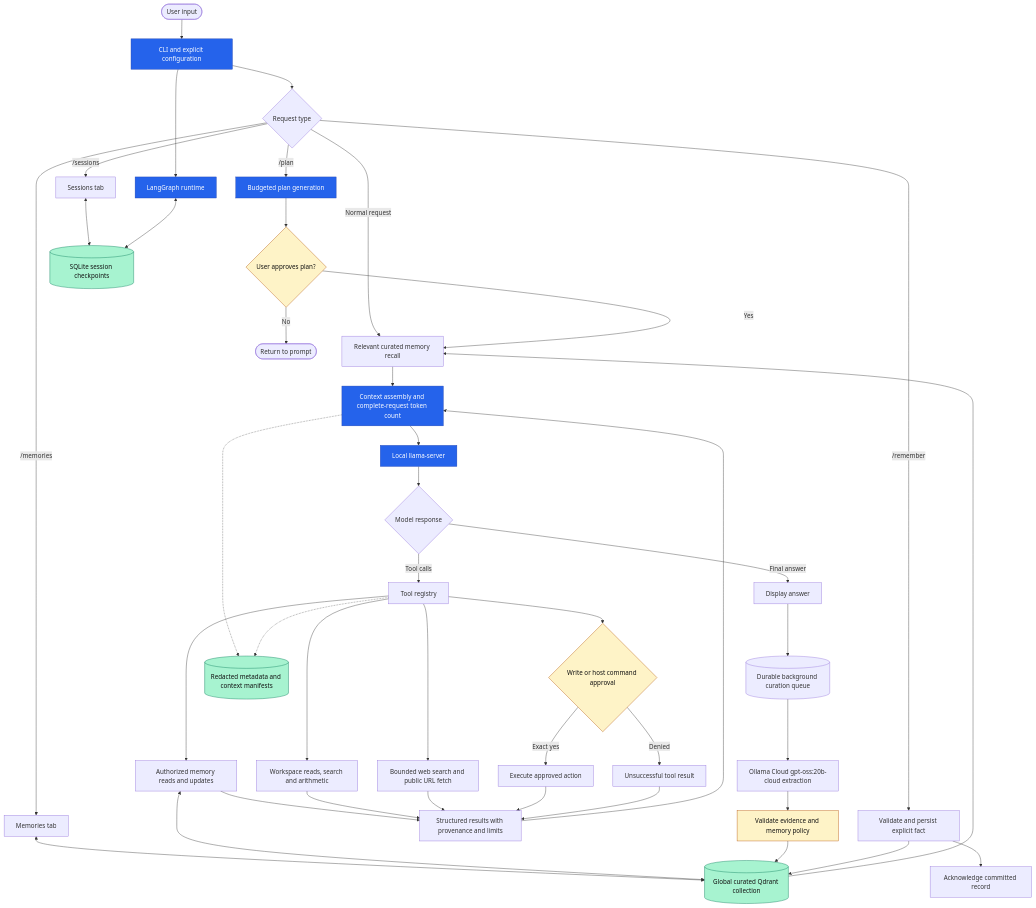
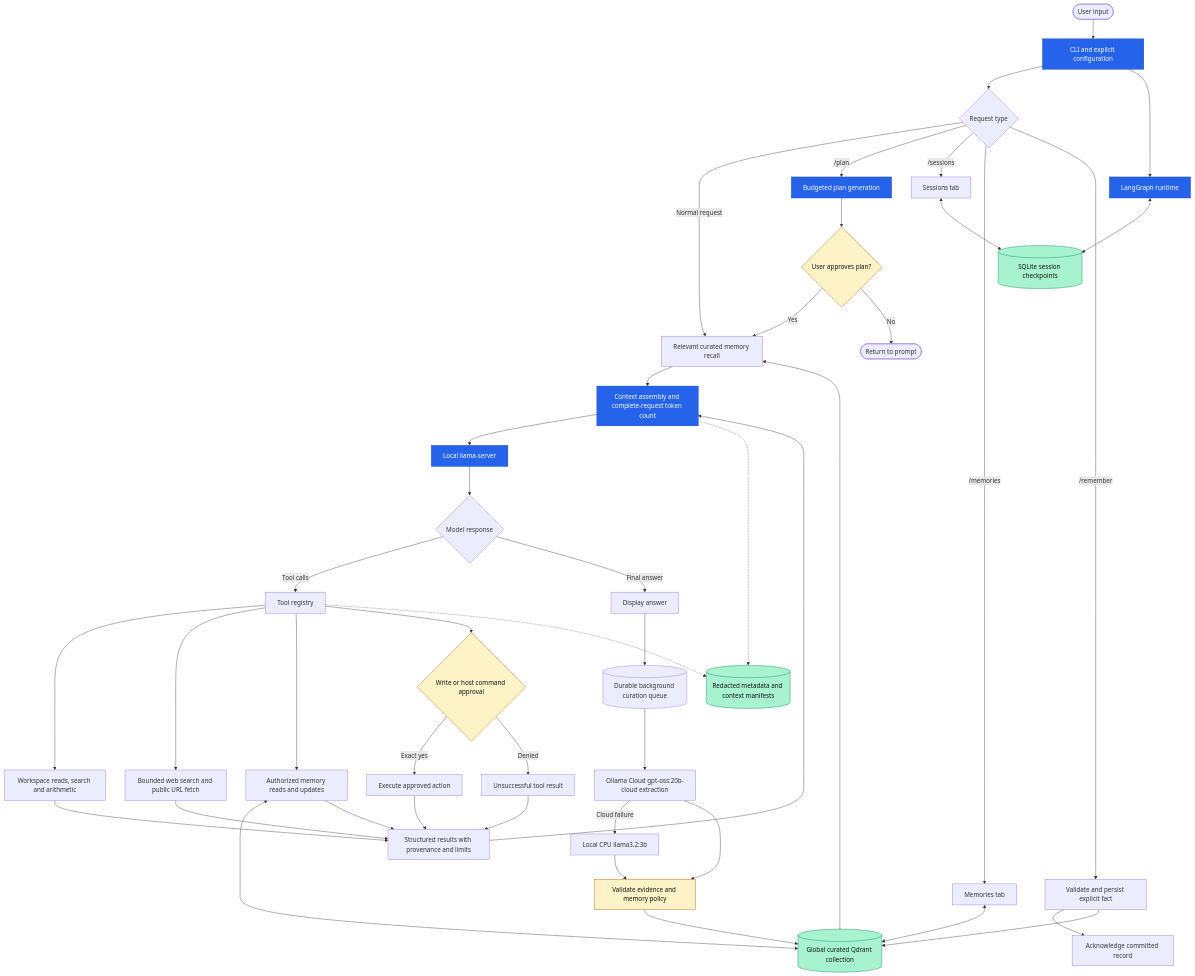
One commit to user-anto/Harness changed the first of 3 diagrams in README.md. Above: the diagram before and after it, drawn with Mermaid. The commit also changed other lines of this file and 37 other files, not shown here.

Commit message:
Reinforced Memory curation policy; added fallback model for extractor; Added elaborate installation guide

````diff
--- a/README.md
+++ b/README.md
@@ -19,51 +56,53 @@
 ```mermaid
 flowchart TD
   User([User input]) --> CLI[CLI and explicit configuration]
   CLI --> Route{Request type}
   Route -->|Normal request| Recall[Relevant curated memory recall]
   Route -->|/plan| Planner[Budgeted plan generation]
   Planner --> PlanApproval{User approves plan?}
   PlanApproval -->|Yes| Recall
   PlanApproval -->|No| Stop([Return to prompt])
   Route -->|/sessions| Sessions[Sessions tab]
   Sessions <--> SQLite
   Route -->|/memories| Memories[Memories tab]
   Memories <--> Qdrant
   Route -->|/remember| Save[Validate and persist explicit fact]
   Save --> Ack[Acknowledge committed record]
   Recall --> Context[Context assembly and complete-request token count]
   Context --> Model[Local llama-server]
   Model --> Decision{Model response}
   Decision -->|Tool calls| Registry[Tool registry]
   Registry --> Reads[Workspace reads, search and arithmetic]
   Registry --> Web[Bounded web search and public URL fetch]
   Registry --> MemoryTools[Authorized memory reads and updates]
   MemoryTools <--> Qdrant
   MemoryTools --> Result
   Registry --> Approval{Write or host command approval}
   Approval -->|Exact yes| Execute[Execute approved action]
   Approval -->|Denied| Denied[Unsuccessful tool result]
   Reads --> Result[Structured results with provenance and limits]
   Web --> Result
   Execute --> Result
   Denied --> Result
   Result --> Context
   Decision -->|Final answer| Answer[Display answer]
   Answer --> Queue[(Durable background curation queue)]
   Queue --> Extract[Ollama Cloud gpt-oss:20b-cloud extraction]
-  Extract --> Validate[Validate evidence and memory policy]
+  Extract -->|Cloud failure| Fallback[Local CPU llama3.2:3b]
+  Fallback --> Validate[Validate evidence and memory policy]
+  Extract --> Validate
   Validate --> Qdrant[(Global curated Qdrant collection)]
   Save --> Qdrant
   Qdrant --> Recall
   CLI --> Runtime[LangGraph runtime]
   Runtime <--> SQLite[(SQLite session checkpoints)]
   Context -.-> Audit[(Redacted metadata and context manifests)]
   Registry -.-> Audit
 
   classDef engine fill:#2563eb,stroke:#1e40af,color:#fff;
   classDef storage fill:#a7f3d0,stroke:#047857,color:#111;
   classDef gate fill:#fef3c7,stroke:#b45309,color:#111;
   class CLI,Planner,Context,Model,Runtime engine;
   class Qdrant,SQLite,Audit storage;
   class PlanApproval,Approval,Validate gate;
 ```
````
